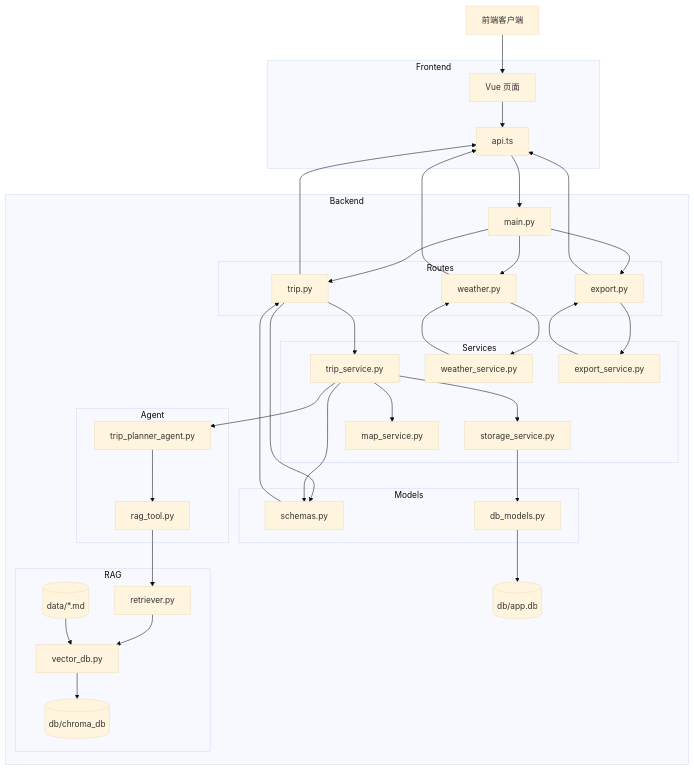
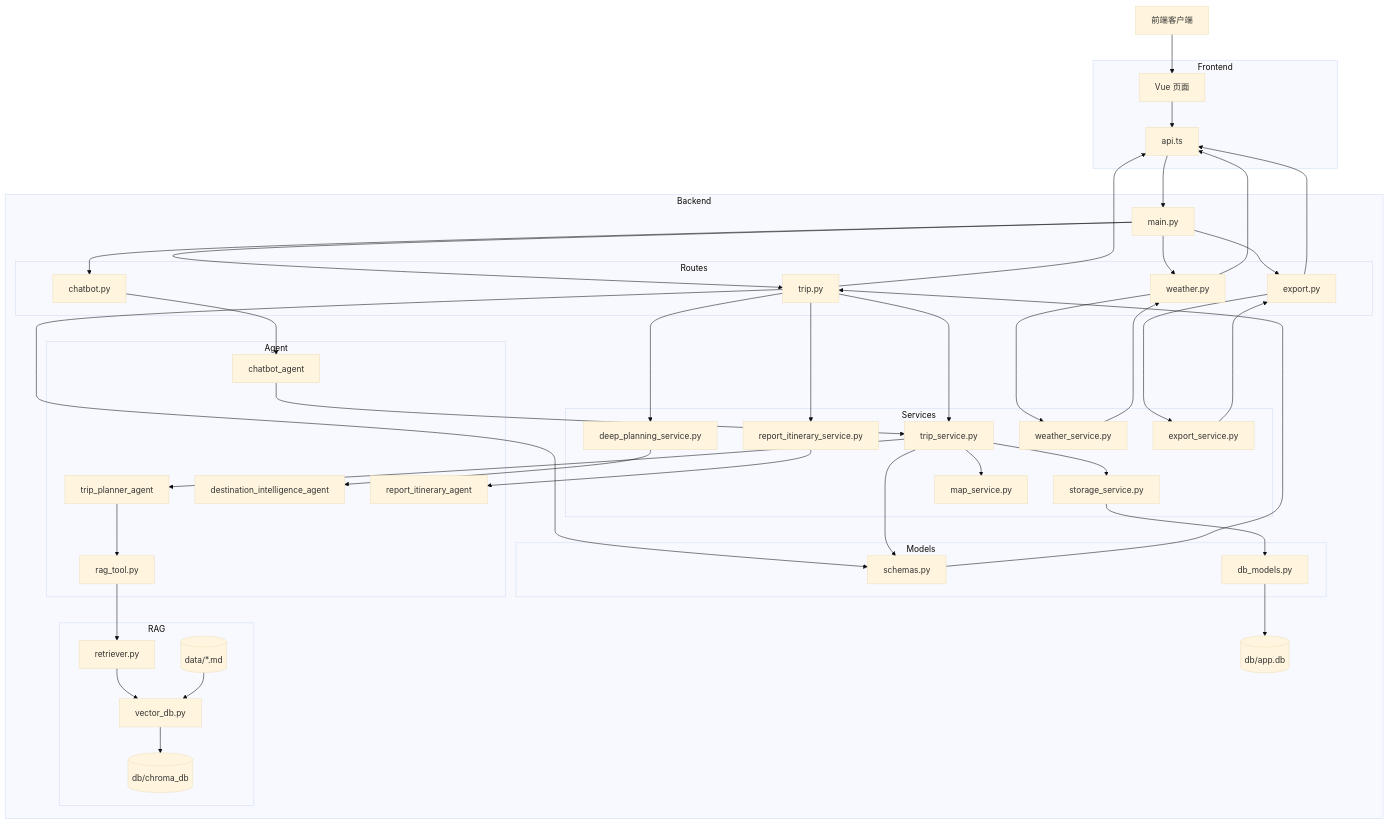
Before and after one commit to crabin/Trip_Planner: the diagram in README.md, drawn with Mermaid (base theme). The commit also changed other lines of this file and 1 other file, not shown here.

```diff
--- a/README.md
+++ b/README.md
@@ -98,12 +109,15 @@
 
         subgraph Routes[Routes]
             TripRoute[trip.py]
+            ChatbotRoute[chatbot.py]
             ExportRoute[export.py]
             WeatherRoute[weather.py]
         end
 
         subgraph Services[Services]
             TripService[trip_service.py]
+            DeepService[deep_planning_service.py]
+            ReportService[report_itinerary_service.py]
             StorageService[storage_service.py]
             MapService[map_service.py]
             WeatherService[weather_service.py]
@@ -111,7 +125,10 @@
         end
 
         subgraph Agent[Agent]
-            PlannerAgent[trip_planner_agent.py]
+            PlannerAgent[trip_planner_agent]
+            ChatbotAgent[chatbot_agent]
+            DestinationAgent[destination_intelligence_agent]
+            ReportAgent[report_itinerary_agent]
             RagTool[rag_tool.py]
         end
 
@@ -133,11 +150,15 @@
     Client --> FrontApp --> FrontApi --> MainApp
 
     MainApp --> TripRoute
+    MainApp --> ChatbotRoute
     MainApp --> ExportRoute
     MainApp --> WeatherRoute
 
     TripRoute --> Schemas
     TripRoute --> TripService
+    TripRoute --> DeepService
+    TripRoute --> ReportService
+    ChatbotRoute --> ChatbotAgent
     WeatherRoute --> WeatherService
     ExportRoute --> ExportService
 
@@ -147,6 +168,9 @@
     TripService --> Schemas
 
     PlannerAgent --> RagTool
+    DeepService --> DestinationAgent
+    ReportService --> ReportAgent
+    ChatbotAgent --> TripService
     RagTool --> Retriever --> VectorDB --> ChromaDB
     GuideData --> VectorDB
 
```
